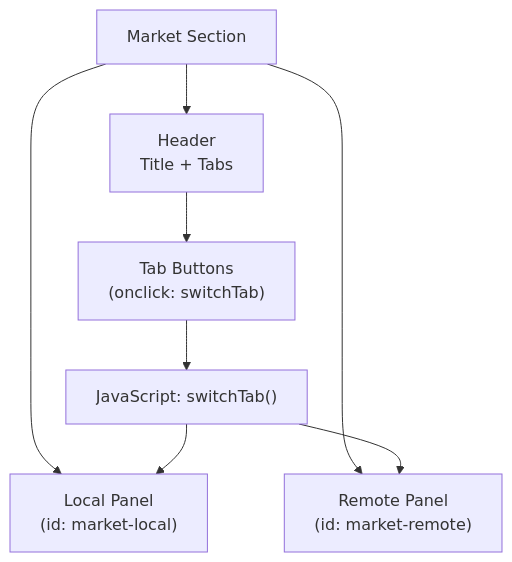
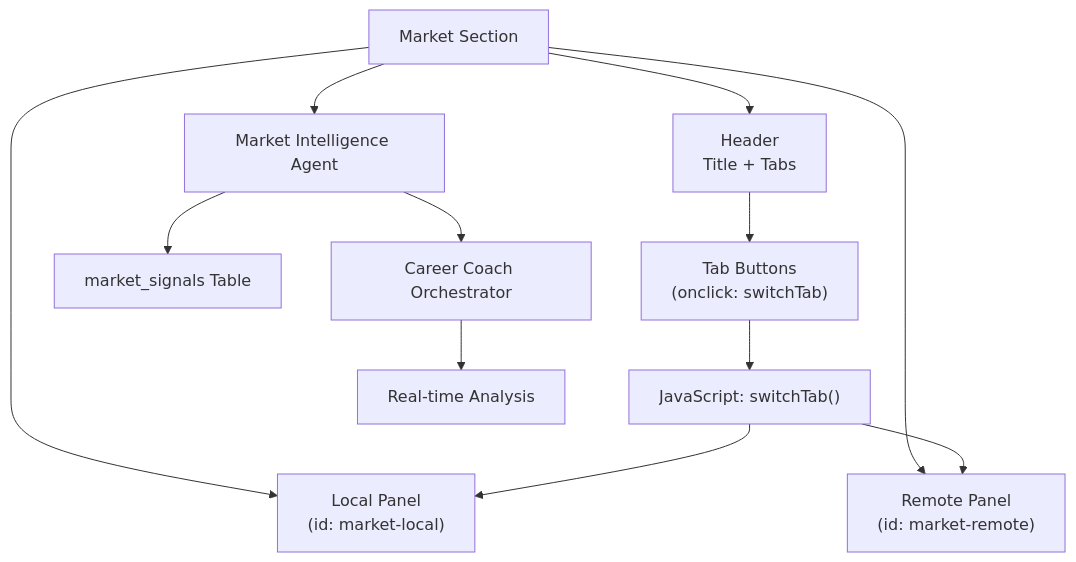
One commit to Alishba-Moin/CareerCompass changed the first of 3 diagrams in .qoder/repowiki/en/content/Core Features/Market Intelligence Section.md. Above: the diagram before and after it, drawn with Mermaid. The commit also changed other lines of this file and 38 other files, not shown here.

Commit message:
Add Roadmap pdf download option

````diff
--- a/.qoder/repowiki/en/content/Core Features/Market Intelligence Section.md
+++ b/.qoder/repowiki/en/content/Core Features/Market Intelligence Section.md
@@ -28,10 +46,14 @@
 ```mermaid
 graph TB
 A["Market Section"] --> B["Header<br/>Title + Tabs"]
 A --> C["Local Panel<br/>(id: market-local)"]
 A --> D["Remote Panel<br/>(id: market-remote)"]
 B --> E["Tab Buttons<br/>(onclick: switchTab)"]
 E --> F["JavaScript: switchTab()"]
 F --> C
 F --> D
+A --> G["Market Intelligence Agent"]
+G --> H["market_signals Table"]
+G --> I["Career Coach Orchestrator"]
+I --> J["Real-time Analysis"]
 ```
````
